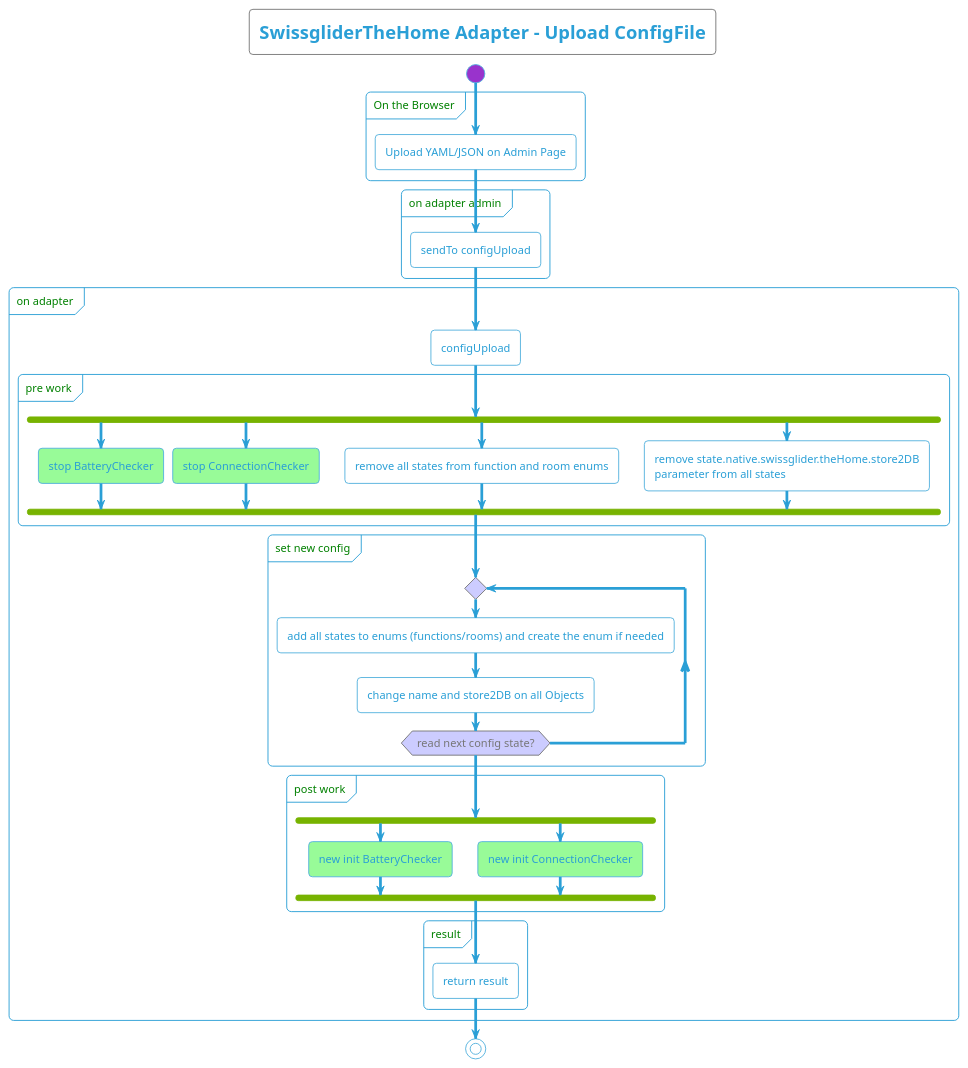
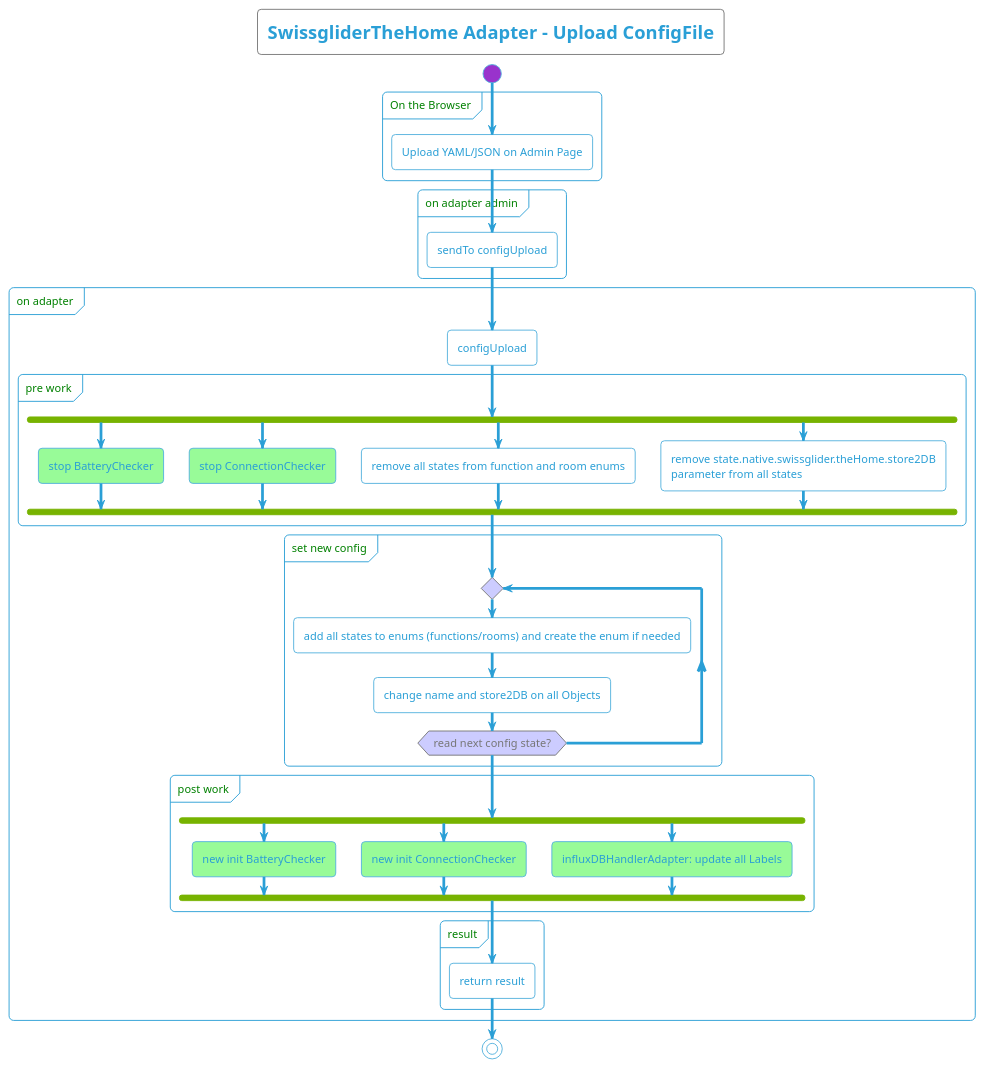
The diagram in docu/plantuml/server/SwissgliderTheHome - Activity Diagram - ConfigUploader.iuml (swissglider/iobroker.thehome), drawn with PlantUML before and after one commit. The commit also changed 42 other files, not shown here.

Commit message:
implemented the InfluxDBHandler Adapter and Admin page

```diff
--- a/docu/plantuml/server/SwissgliderTheHome - Activity Diagram - ConfigUploader.iuml
+++ b/docu/plantuml/server/SwissgliderTheHome - Activity Diagram - ConfigUploader.iuml
@@ -1,62 +1,64 @@
 @startuml
 !theme cyborg-outline
 
 <style>
     diamond {
         BackgroundColor #ccf
     }
     partition {
         FontColor green
         RoundCorner 10
     }
   arrow {
     FontColor black
     FontName arial
   }
 </style>
 
 title
     SwissgliderTheHome Adapter - Upload ConfigFile
 end title
 
 start
 partition "On the Browser" {
     :Upload YAML/JSON on Admin Page;
 }
 partition "on adapter admin" {
 :sendTo configUpload;
 }
 partition "on adapter" {
     :configUpload;
     partition "pre work" {
         fork
             #palegreen:stop BatteryChecker;
             fork again
             #palegreen:stop ConnectionChecker;
             fork again
             :remove all states from function and room enums;
             fork again
             :remove state.native.swissglider.theHome.store2DB
             parameter from all states;
         end fork
     }
     partition "set new config" {
         repeat
             :add all states to enums (functions/rooms) and create the enum if needed;
             :change name and store2DB on all Objects;
         repeat while (read next config state?)
     }
     partition "post work" {
         fork
             #palegreen:new init BatteryChecker;
             fork again
             #palegreen:new init ConnectionChecker;
+            fork again
+            #palegreen:influxDBHandlerAdapter: update all Labels;
         end fork
     }
     partition "result" {
         :return result;
     }
 }
 stop
 
 @enduml
```
